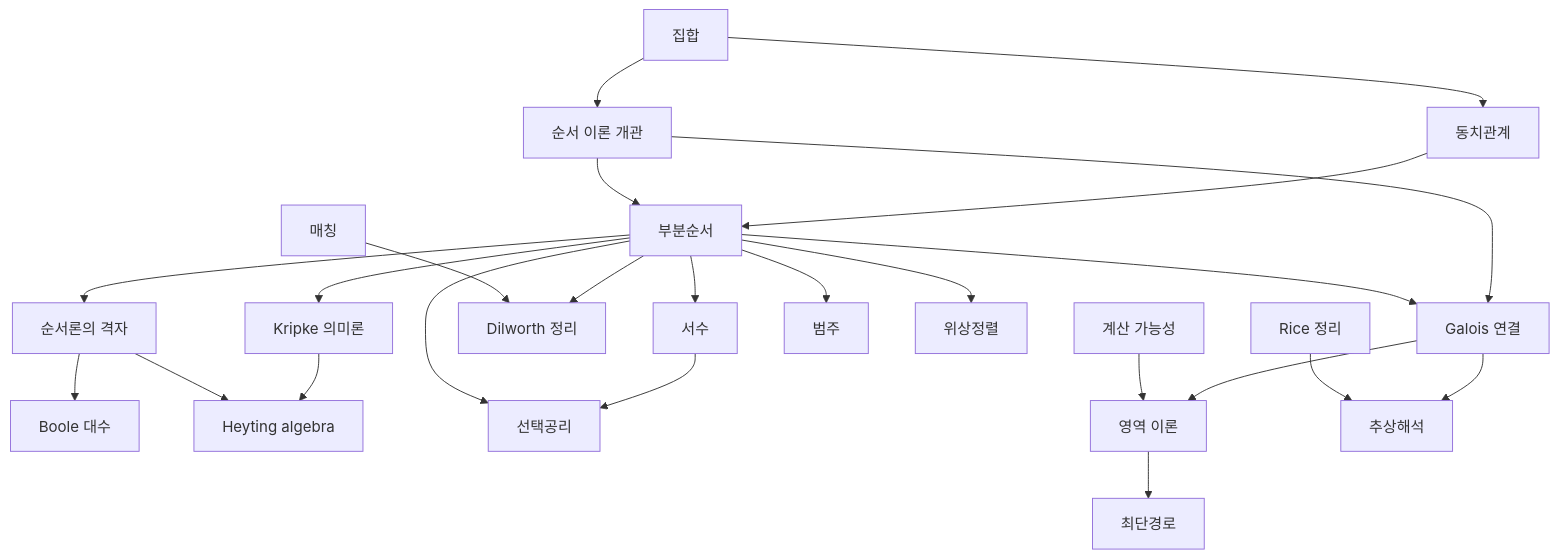
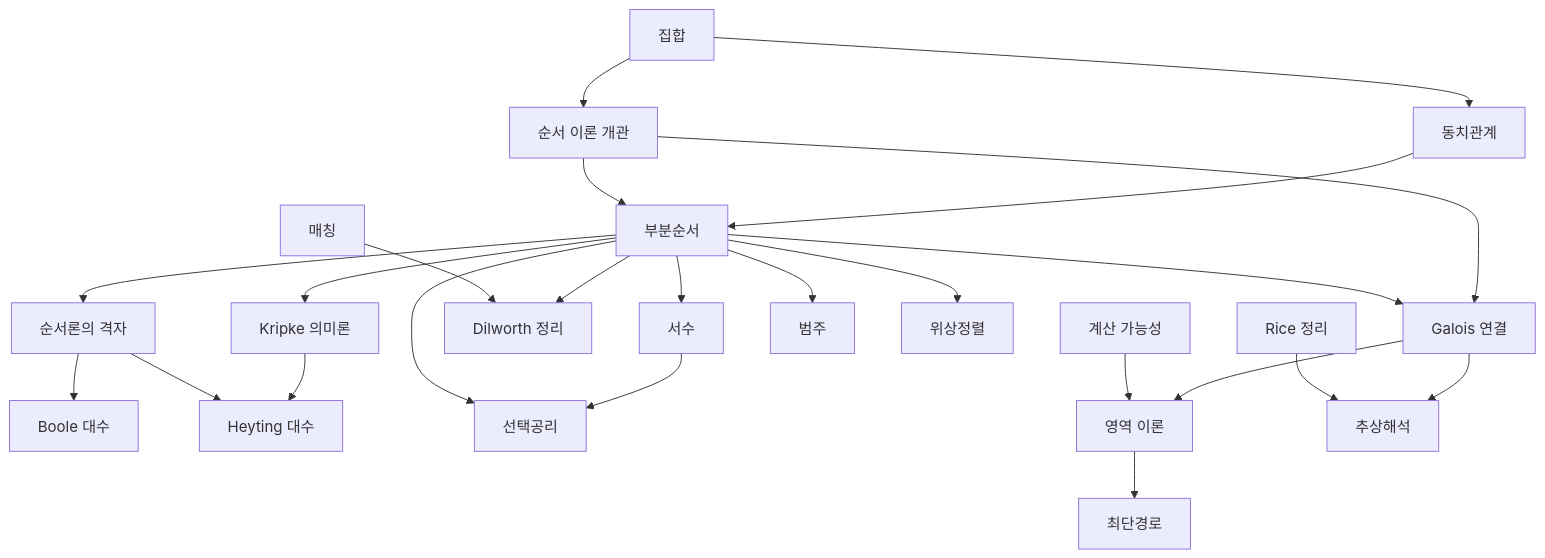
Before and after one commit to Phryxia/math-map: the diagram in docs/order-theory-overview.md, drawn with Mermaid. The commit also changed other lines of this file and 6 other files, not shown here.

````diff
--- a/docs/order-theory-overview.md
+++ b/docs/order-theory-overview.md
@@ -13,26 +13,26 @@
 ```mermaid
 graph TD
   SETS["집합"] --> REL["동치관계"]
   SETS --> OTO["순서 이론 개관"]
   REL --> PO["부분순서"]
   OTO --> PO
   OTO --> GC["Galois 연결"]
   PO --> LAT["순서론의 격자"]
   LAT --> BA["Boole 대수"]
   PO --> KS["Kripke 의미론"]
-  KS --> HA["Heyting algebra"]
+  KS --> HA["Heyting 대수"]
   LAT --> HA
   PO --> GC
   PO --> DW["Dilworth 정리"]
   PO --> ORD["서수"]
   ORD --> AC["선택공리"]
   PO --> AC
   PO --> CAT["범주"]
   PO --> TS["위상정렬"]
   MAT["매칭"] --> DW
   GC --> DT["영역 이론"]
   GC --> AI["추상해석"]
   COMP["계산 가능성"] --> DT
   RICE["Rice 정리"] --> AI
   DT --> SP["최단경로"]
 ```
````
